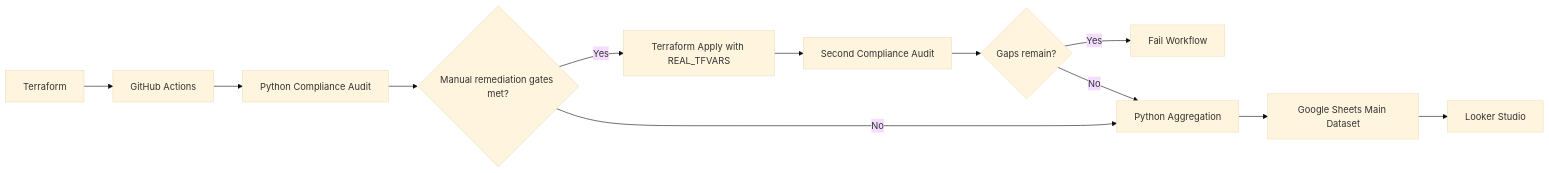
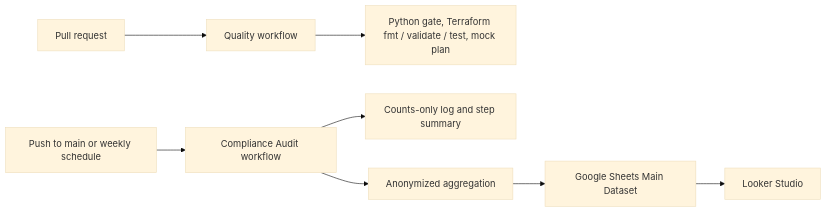
The diagram in README.md (neibaur/cloudflare-iac-governance), drawn with Mermaid (base theme) before and after one commit. The commit also changed other lines of this file and 38 other files, not shown here.

First line of the commit message:
Reflection batch: Terraform state ADR, faster audit, CI hardening, cleanup, governance docs (#28)

````diff
--- a/README.md
+++ b/README.md
@@ -27,14 +27,10 @@
 ```mermaid
 flowchart LR
-    terraform[Terraform] --> actions[GitHub Actions]
-    actions --> audit[Python Compliance Audit]
-    audit --> decision{Manual remediation gates met?}
-    decision -- Yes --> apply[Terraform Apply with REAL_TFVARS]
-    apply --> reaudit[Second Compliance Audit]
-    reaudit --> verify{Gaps remain?}
-    verify -- Yes --> fail[Fail Workflow]
-    verify -- No --> aggregate[Python Aggregation]
-    decision -- No --> aggregate
+    pr[Pull request] --> quality[Quality workflow]
+    quality --> checks[Python gate, Terraform fmt / validate / test, mock plan]
+    main[Push to main or weekly schedule] --> audit[Compliance Audit workflow]
+    audit --> summary[Counts-only log and step summary]
+    audit --> aggregate[Anonymized aggregation]
     aggregate --> sheets[Google Sheets Main Dataset]
     sheets --> looker[Looker Studio]
 ```
````
